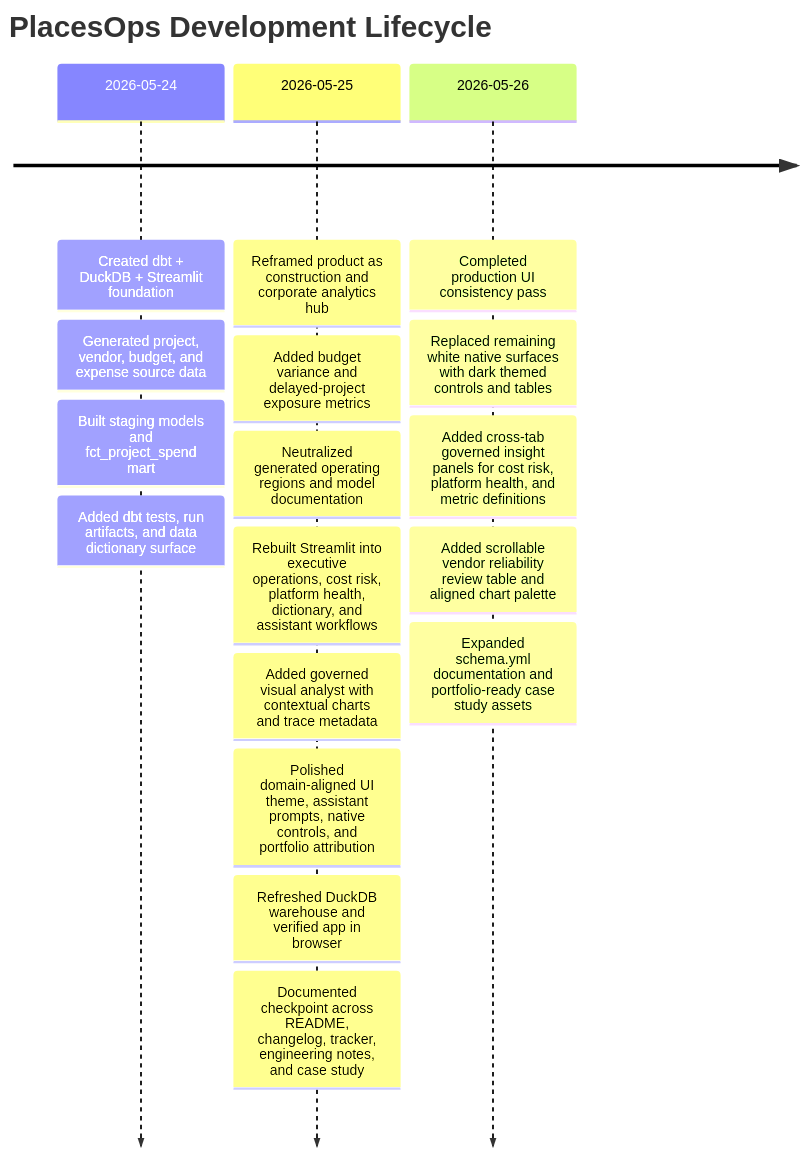
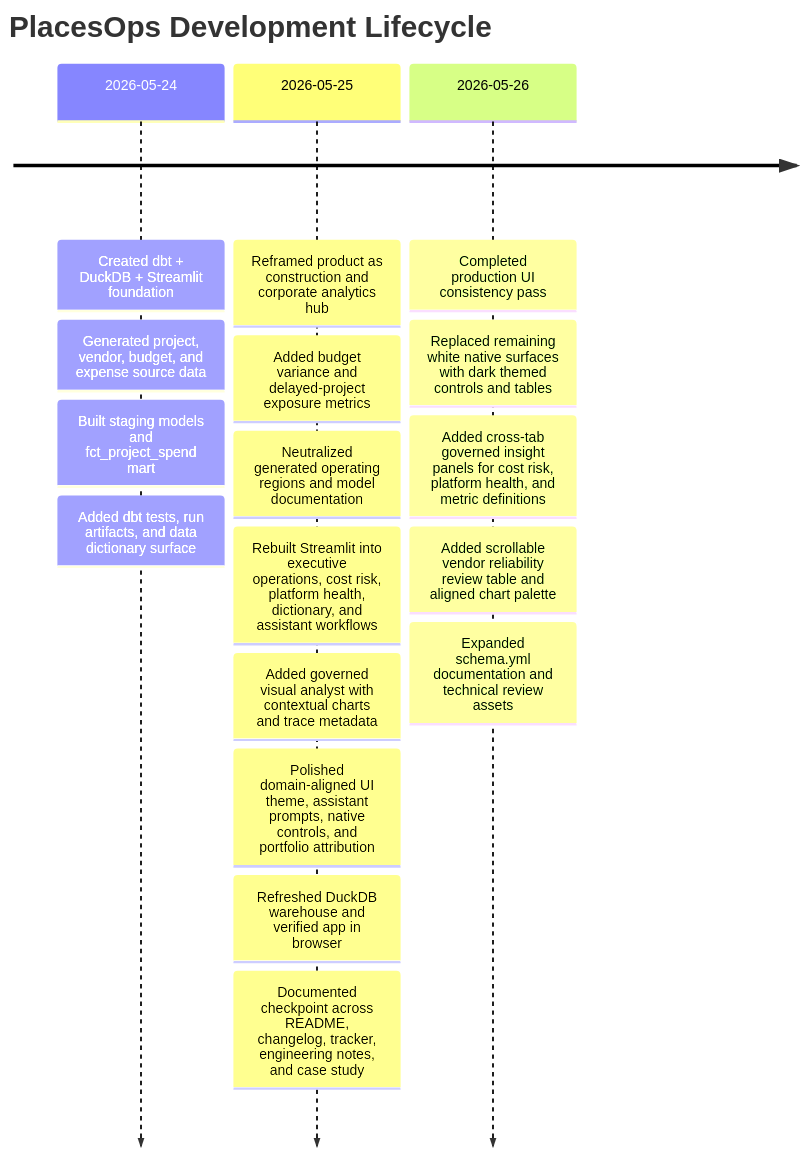
Before and after one commit to ravi-rajpurohit-gh/places-ops: the first of 3 diagrams in docs/CASE_STUDY.md, drawn with Mermaid. The commit also changed other lines of this file and 29 other files, not shown here.

````diff
--- a/docs/CASE_STUDY.md
+++ b/docs/CASE_STUDY.md
@@ -19,21 +19,21 @@
 ```mermaid
 timeline
     title PlacesOps Development Lifecycle
     2026-05-24 : Created dbt + DuckDB + Streamlit foundation
                : Generated project, vendor, budget, and expense source data
                : Built staging models and fct_project_spend mart
                : Added dbt tests, run artifacts, and data dictionary surface
     2026-05-25 : Reframed product as construction and corporate analytics hub
                : Added budget variance and delayed-project exposure metrics
                : Neutralized generated operating regions and model documentation
                : Rebuilt Streamlit into executive operations, cost risk, platform health, dictionary, and assistant workflows
                : Added governed visual analyst with contextual charts and trace metadata
                : Polished domain-aligned UI theme, assistant prompts, native controls, and portfolio attribution
                : Refreshed DuckDB warehouse and verified app in browser
                : Documented checkpoint across README, changelog, tracker, engineering notes, and case study
     2026-05-26 : Completed production UI consistency pass
                : Replaced remaining white native surfaces with dark themed controls and tables
                : Added cross-tab governed insight panels for cost risk, platform health, and metric definitions
                : Added scrollable vendor reliability review table and aligned chart palette
-               : Expanded schema.yml documentation and portfolio-ready case study assets
+               : Expanded schema.yml documentation and technical review assets
 ```
````
